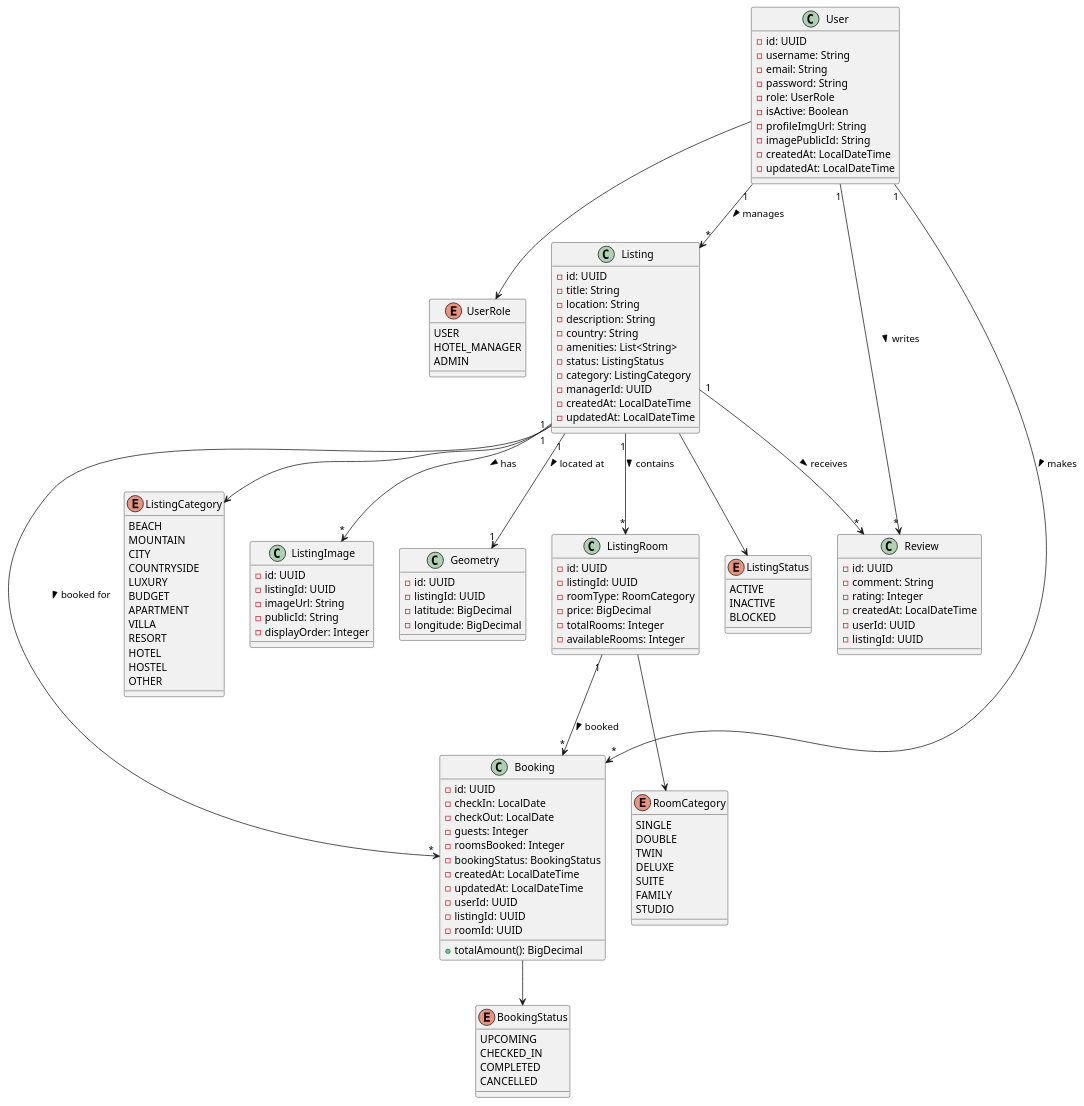
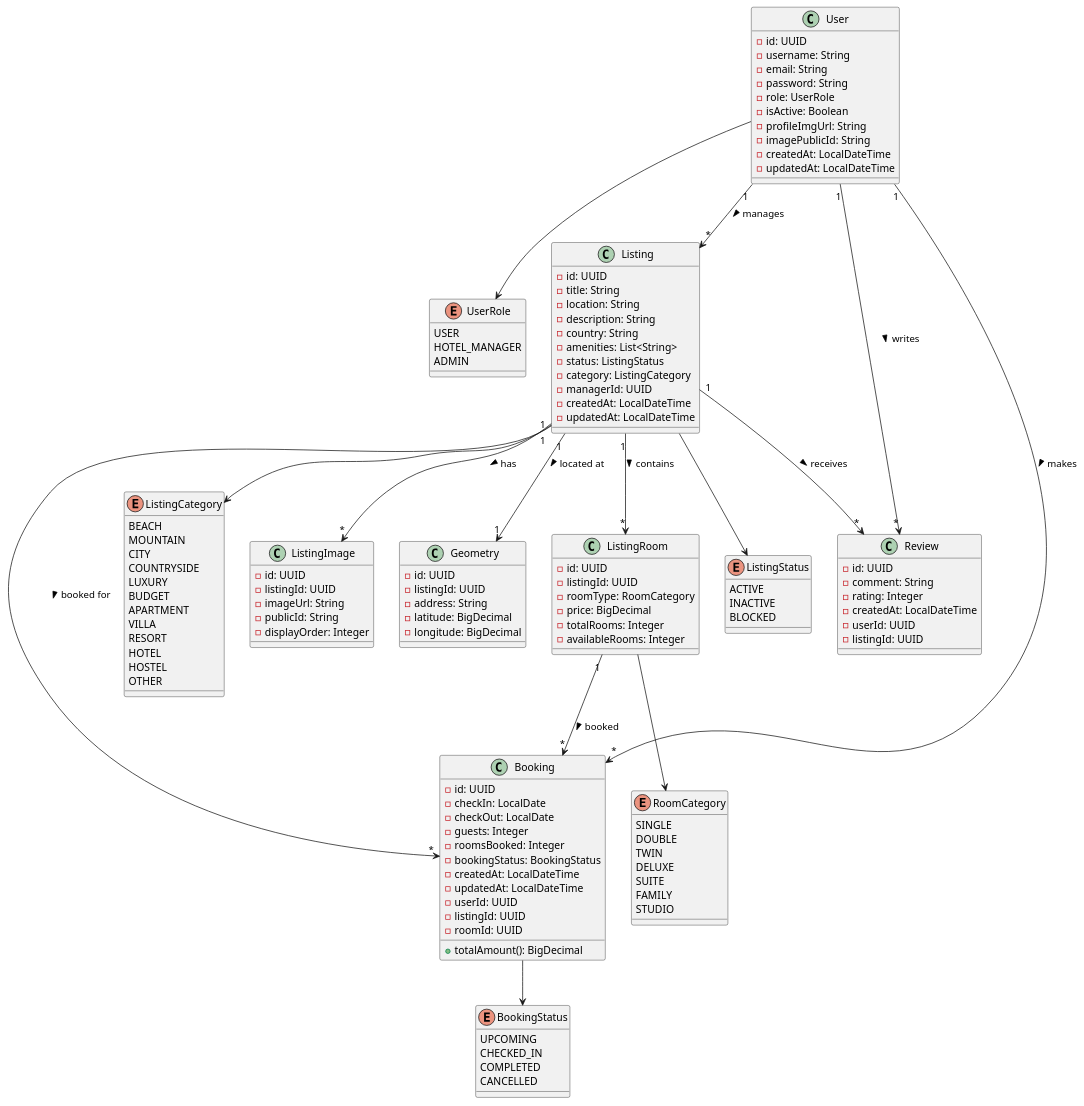
Before and after one commit to qutubuddinkhan07/blinkstay-modular-monolith: the diagram in system-design/system-class-diagram.puml, drawn with PlantUML. The commit also changed 8 other files, not shown here.

Commit message:
added some changes to the use case and api design along to the system class diagram. started with listing module.

```diff
--- a/system-design/system-class-diagram.puml
+++ b/system-design/system-class-diagram.puml
@@ -1,165 +1,166 @@
 @startuml SystemClassDiagram
 
 class User {
     - id: UUID
     - username: String
     - email: String
     - password: String
     - role: UserRole
     - isActive: Boolean
     - profileImgUrl: String
     - imagePublicId: String
     - createdAt: LocalDateTime
     - updatedAt: LocalDateTime
 }
 
 enum UserRole {
     USER
     HOTEL_MANAGER
     ADMIN
 }
 
 User --> UserRole
 
 
 ' =========================
 ' LISTING MODULE
 ' =========================
 
 class Listing {
     - id: UUID
     - title: String
     - location: String
     - description: String
     - country: String
     - amenities: List<String>
     - status: ListingStatus
     - category: ListingCategory
     - managerId: UUID
     - createdAt: LocalDateTime
     - updatedAt: LocalDateTime
 }
 
 enum ListingStatus {
     ACTIVE
     INACTIVE
     BLOCKED
 }
 
 enum ListingCategory {
     BEACH
     MOUNTAIN
     CITY
     COUNTRYSIDE
     LUXURY
     BUDGET
     APARTMENT
     VILLA
     RESORT
     HOTEL
     HOSTEL
     OTHER
 }
 
 Listing --> ListingStatus
 Listing --> ListingCategory
 
 
 class ListingImage {
     - id: UUID
     - listingId: UUID
     - imageUrl: String
     - publicId: String
     - displayOrder: Integer
 }
 
 class Geometry {
     - id: UUID
     - listingId: UUID
+    - address: String
     - latitude: BigDecimal
     - longitude: BigDecimal
 }
 
 User "1" --> "*" Listing : manages >
 Listing "1" --> "*" ListingImage : has >
 Listing "1" --> "1" Geometry : located at >
 
 
 ' =========================
 ' ROOM MODULE
 ' =========================
 
 class ListingRoom {
     - id: UUID
     - listingId: UUID
     - roomType: RoomCategory
     - price: BigDecimal
     - totalRooms: Integer
     - availableRooms: Integer
 }
 
 enum RoomCategory {
     SINGLE
     DOUBLE
     TWIN
     DELUXE
     SUITE
     FAMILY
     STUDIO
 }
 
 Listing "1" --> "*" ListingRoom : contains >
 ListingRoom --> RoomCategory
 
 
 ' =========================
 ' REVIEW MODULE
 ' =========================
 
 class Review {
     - id: UUID
     - comment: String
     - rating: Integer
     - createdAt: LocalDateTime
     - userId: UUID
     - listingId: UUID
 }
 
 User "1" --> "*" Review : writes >
 Listing "1" --> "*" Review : receives >
 
 
 ' =========================
 ' BOOKING MODULE
 ' =========================
 
 class Booking {
     - id: UUID
     - checkIn: LocalDate
     - checkOut: LocalDate
     - guests: Integer
     - roomsBooked: Integer
     - bookingStatus: BookingStatus
     - createdAt: LocalDateTime
     - updatedAt: LocalDateTime
     - userId: UUID
     - listingId: UUID
     - roomId: UUID
     + totalAmount(): BigDecimal
 }
 
 enum BookingStatus {
     UPCOMING
     CHECKED_IN
     COMPLETED
     CANCELLED
 }
 
 Booking --> BookingStatus
 
 User "1" --> "*" Booking : makes >
 Listing "1" --> "*" Booking : booked for >
 ListingRoom "1" --> "*" Booking : booked >
 
 
 @enduml
```
